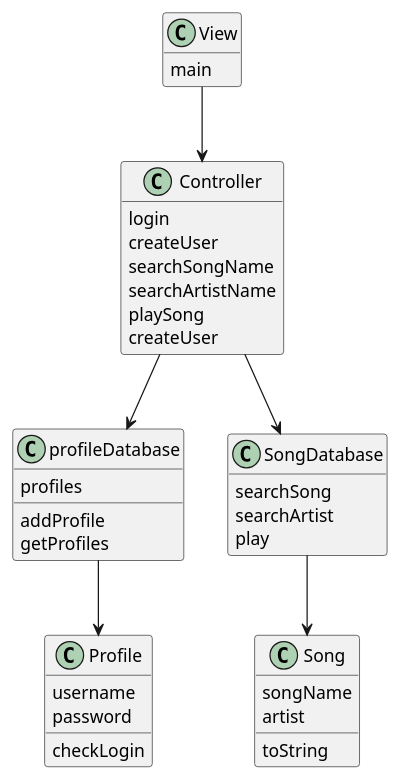
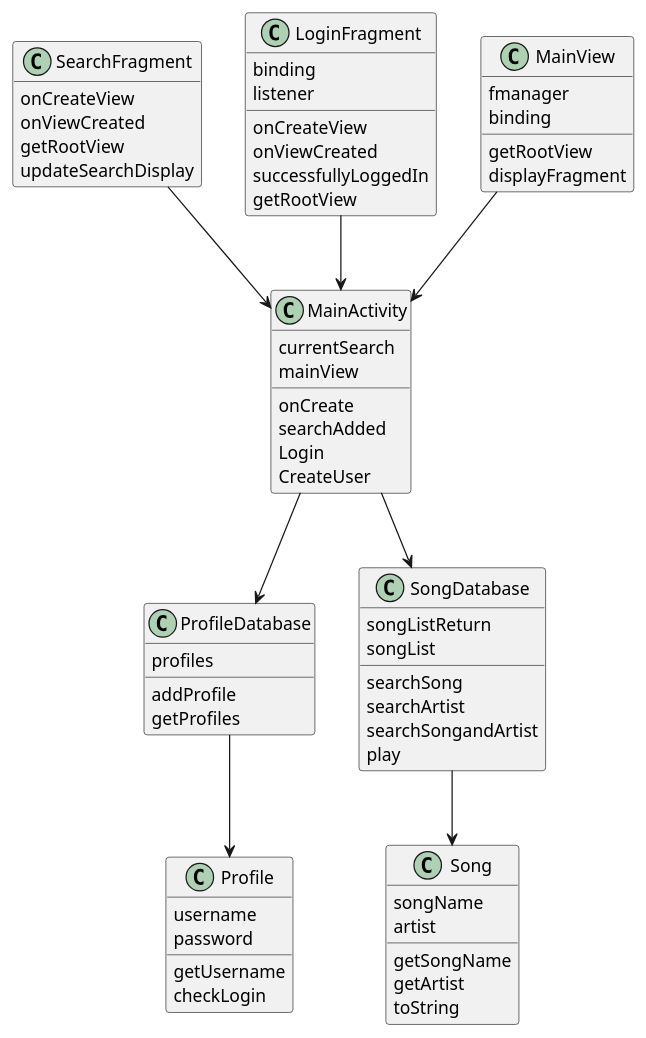
Before and after one commit to SamS317/VassarSpotify: the third of 3 diagrams in intellij/doc/design.md, drawn with PlantUML. The commit also changed other lines of this file, not shown here.

Commit message:
Updated design.md file

````diff
--- a/intellij/doc/design.md
+++ b/intellij/doc/design.md
@@ -122,52 +78,82 @@
-```plantuml
 @startuml
-'''Class Diagram
+'''Class diagram
 hide empty methods
 hide empty attributes
 
-
-class View{
-{method} main
+class MainActivity{
+{method} onCreate
+{method} searchAdded
+{method} Login
+{method} CreateUser
+{field} currentSearch
+{field} mainView
 }
 
-class Controller{
-{method} login
-{method} createUser
-{method} searchSongName
-{method} searchArtistName
-{method} playSong
-{method} createUser
+class ProfileDatabase{
+{method} addProfile
+{method} getProfiles
+{field} profiles
 }
 
-class profileDatabase{
-{field} profiles
-{method} addProfile
-{method} getProfiles
+class SearchFragment{
+{method} onCreateView
+{method} onViewCreated
+{method} getRootView
+{method} updateSearchDisplay
 }
 
 class Profile{
+{method} getUsername
+{method} checkLogin
 {field} username
 {field} password
-{method} checkLogin
 }
 
 class Song{
 {field} songName
 {field} artist
+{method} getSongName
+{method} getArtist
 {method} toString
 }
 
 class SongDatabase{
+{field} songListReturn
+{field} songList
 {method} searchSong
 {method} searchArtist
+{method} searchSongandArtist
 {method} play
 }
 
-View --> Controller
-Controller --> profileDatabase
-Controller --> SongDatabase
-profileDatabase --> Profile
+class LoginFragment{
+{method} onCreateView
+{method} onViewCreated
+{method} successfullyLoggedIn
+{method} getRootView
+{field} binding
+{field} listener
+}
+
+class MainView{
+{field} fmanager
+{field} binding
+{method} getRootView
+{method} displayFragment
+}
+
+
+MainActivity --> ProfileDatabase
+MainActivity --> SongDatabase
+
+SearchFragment -->  MainActivity
+
+LoginFragment -->  MainActivity
+
+MainView --> MainActivity
+
+
+ProfileDatabase --> Profile
 SongDatabase --> Song
 
 @enduml
-```
````
